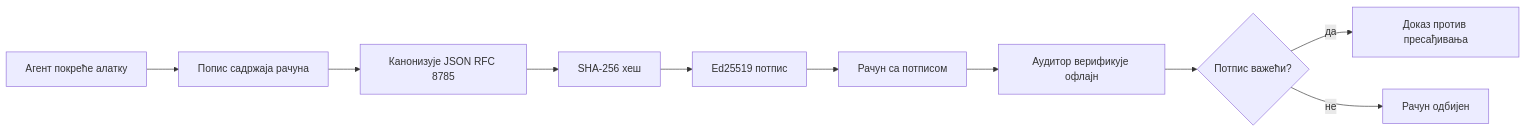
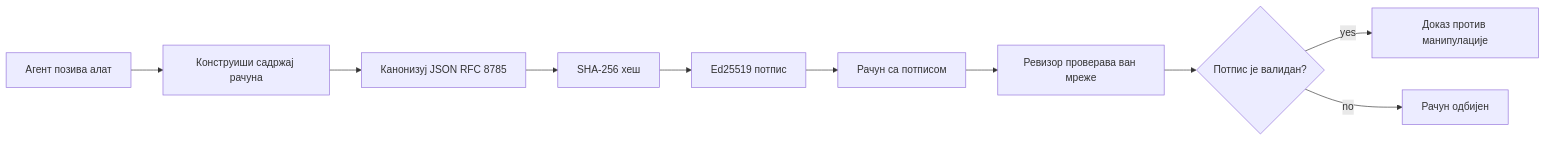
The first of 2 diagrams in mirrors/repos/microsoft@ai-agents-for-beginners/translations/sr/18-securing-ai-agents/README.md (gabrielmoreira/agent-skills-mirror), drawn with Mermaid before and after one commit. The commit also changed other lines of this file and 4482 other files, not shown here.

````diff
--- a/mirrors/repos/microsoft@ai-agents-for-beginners/translations/sr/18-securing-ai-agents/README.md
+++ b/mirrors/repos/microsoft@ai-agents-for-beginners/translations/sr/18-securing-ai-agents/README.md
@@ -51,12 +51,12 @@
 ```mermaid
 flowchart LR
-    A[Агент покреће алатку] --> B[Попис садржаја рачуна]
-    B --> C[Канонизује JSON RFC 8785]
+    A[Агент позива алат] --> B[Конструиши садржај рачуна]
+    B --> C[Канонизуј JSON RFC 8785]
     C --> D[SHA-256 хеш]
-    D --> E[Еd25519 потпис]
+    D --> E[Ed25519 потпис]
     E --> F[Рачун са потписом]
-    F --> G[Аудитор верификује офлајн]
-    G --> H{Потпис важећи?}
-    H -- да --> I[Доказ против пресађивања]
-    H -- не --> J[Рачун одбијен]
+    F --> G[Ревизор проверава ван мреже]
+    G --> H{Потпис је валидан?}
+    H -- yes --> I[Доказ против манипулације]
+    H -- no --> J[Рачун одбијен]
 ```
````
